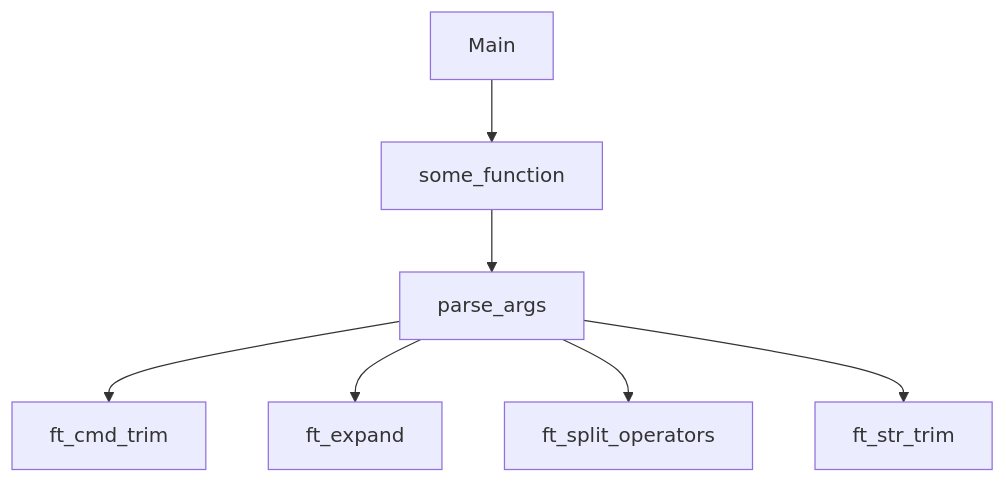
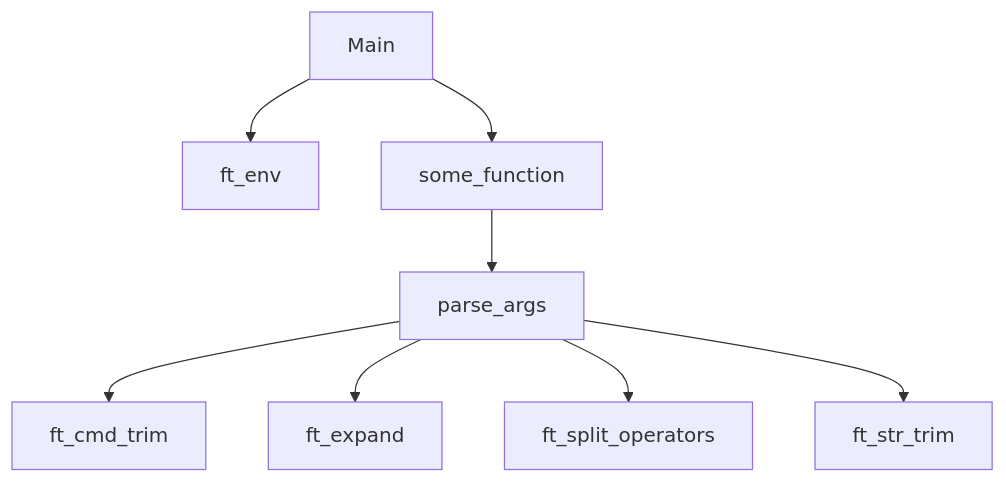
Before and after one commit to DeRuina/minishell: the diagram in README.md, drawn with Mermaid.

````diff
--- a/README.md
+++ b/README.md
@@ -18,9 +18,10 @@
 ```mermaid
 flowchart TD
-    A[Main] --> B[some_function]
-    B --> C[parse_args]
-    C --> D[ft_cmd_trim]
-    C --> E[ft_expand]
-    C --> F[ft_split_operators]
-    C --> G[ft_str_trim]
+    A[Main] --> B[ft_env]
+    A --> C[some_function]
+    C --> D[parse_args]
+    D --> E[ft_cmd_trim]
+    D --> F[ft_expand]
+    D --> G[ft_split_operators]
+    D --> H[ft_str_trim]
 ```
````
